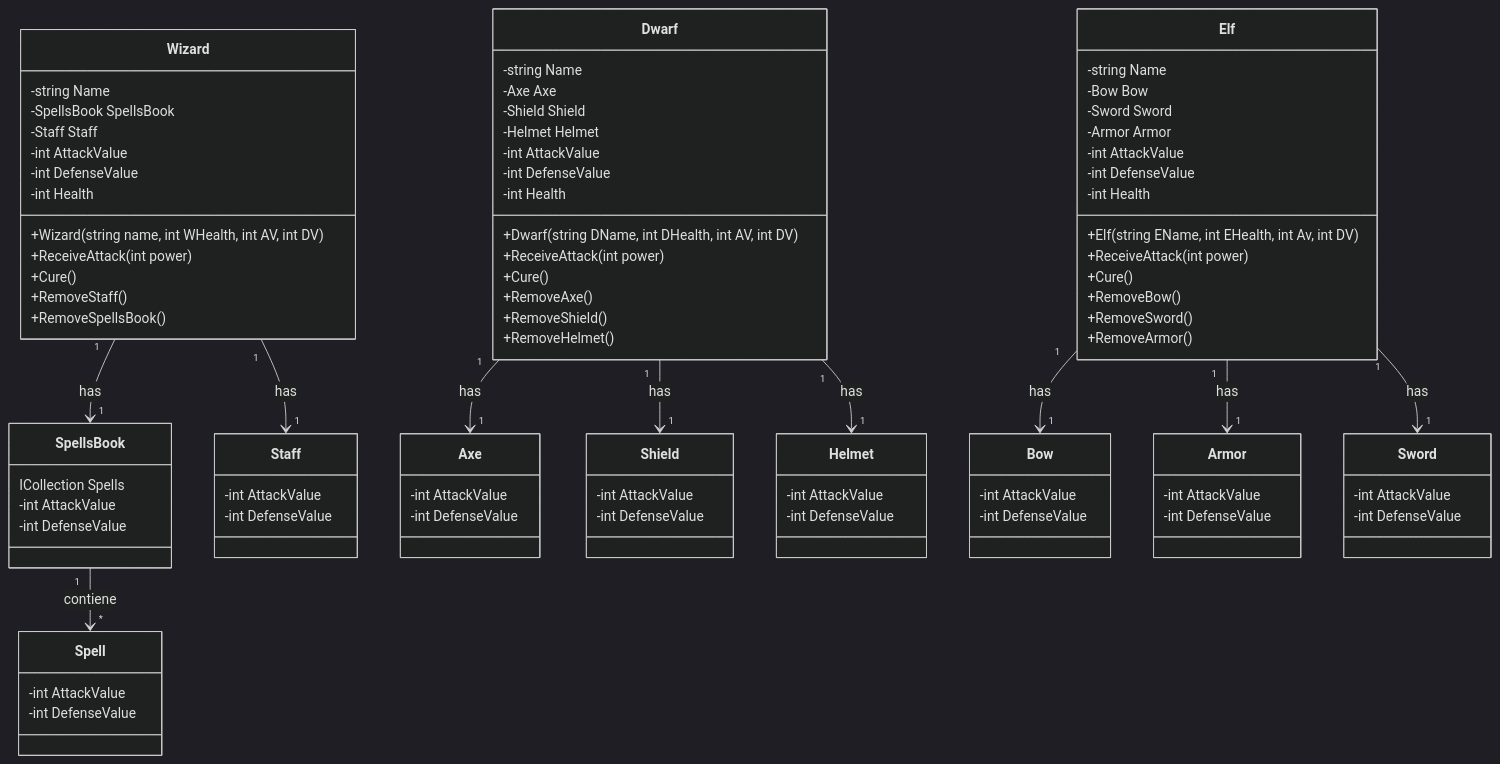
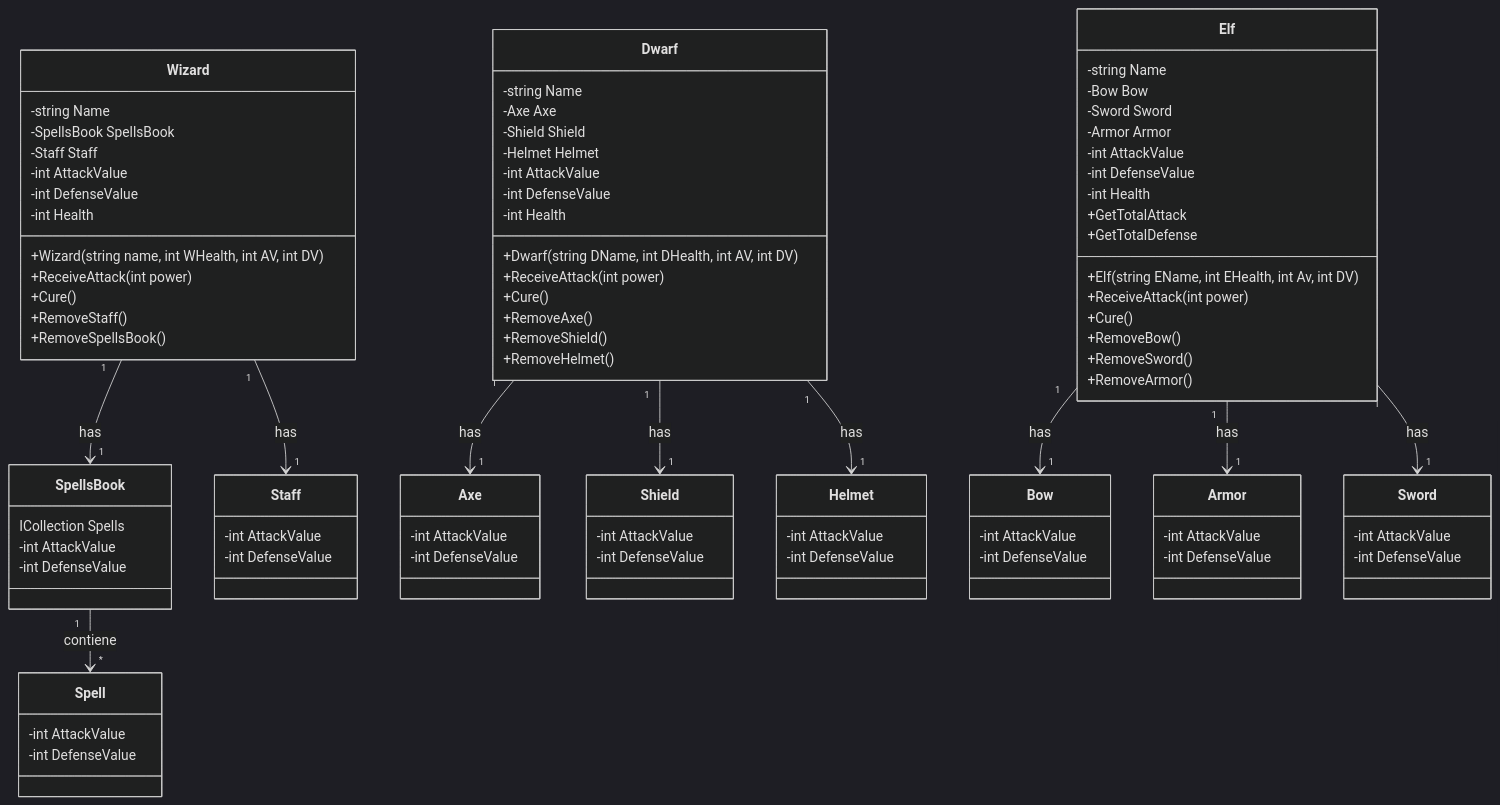
The diagram in DIAGRAM.md (Franloc/PII_RoleplayGame_1_Start), drawn with Mermaid (dark theme) before and after one commit.

Commit message:
Add methods to Elf class in DIAGRAM.md

```diff
--- a/DIAGRAM.md
+++ b/DIAGRAM.md
@@ -69,6 +69,8 @@
       +Elf(string EName, int EHealth, int Av, int DV)
       +ReceiveAttack(int power)
       +Cure()
+      +GetTotalAttack
+      +GetTotalDefense
       +RemoveBow()
       +RemoveSword()
       +RemoveArmor()
```
